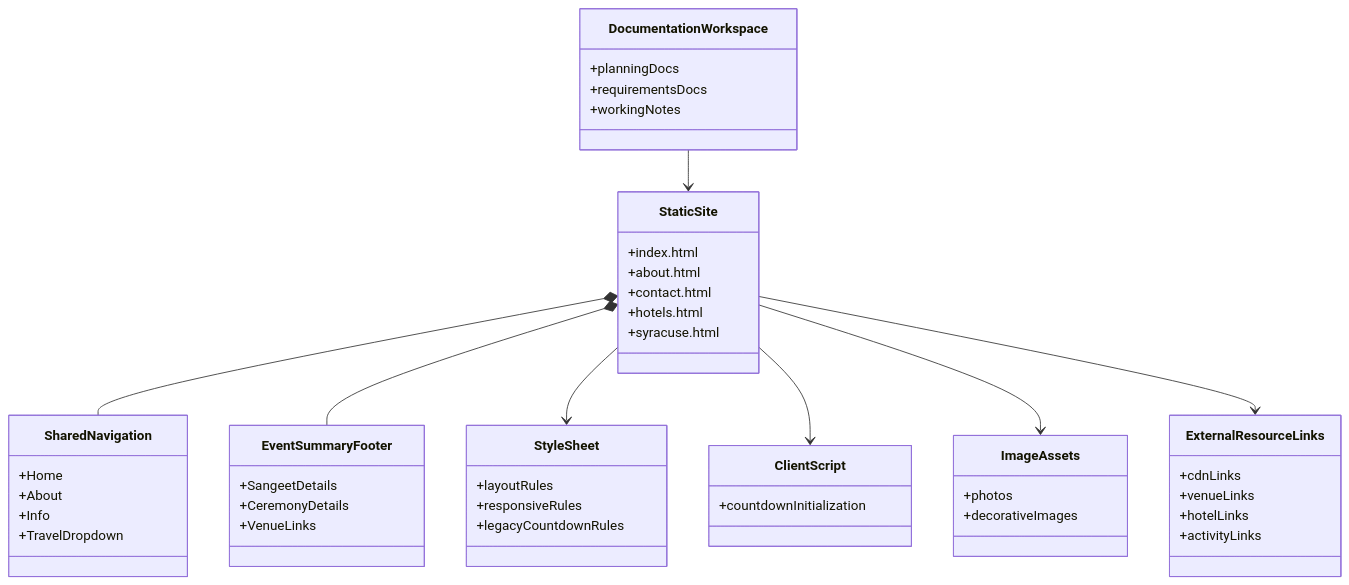
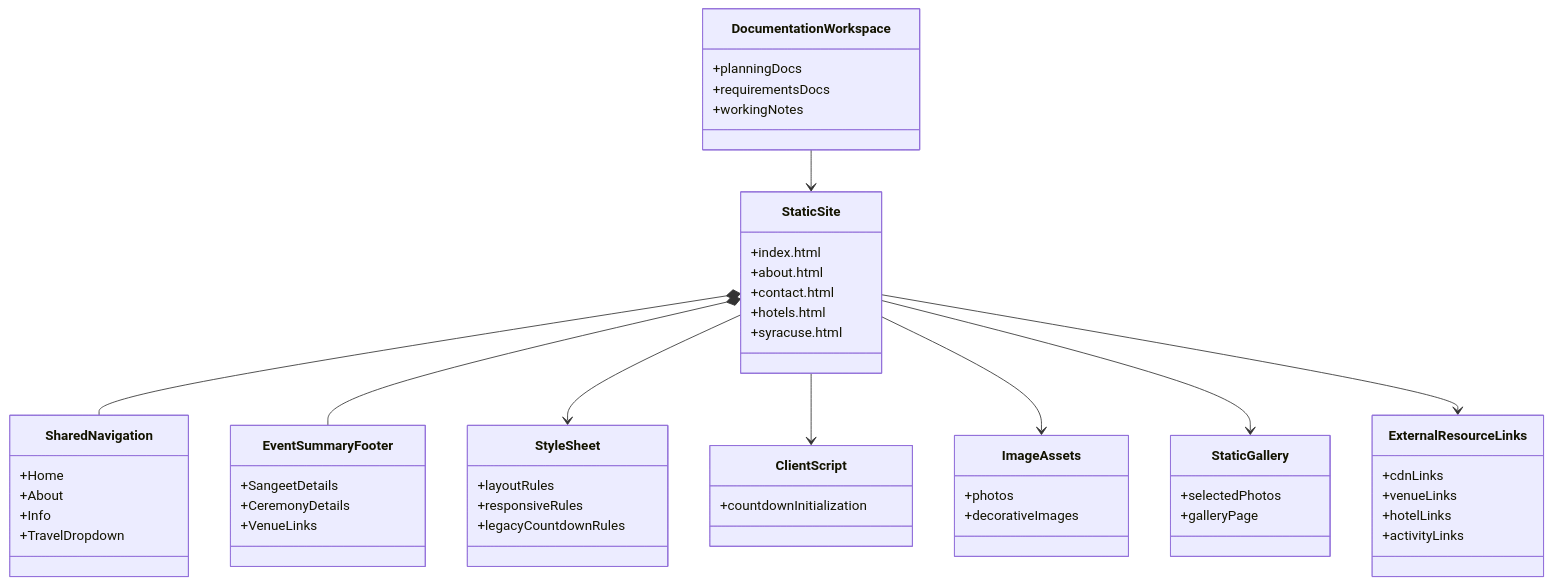
One commit to skeller01/wedding-website changed the fourth of 4 diagrams in documentation/requirements/current-state-design.md. Above: the diagram before and after it, drawn with Mermaid. The commit also changed other lines of this file and 7 other files, not shown here.

````diff
--- a/documentation/requirements/current-state-design.md
+++ b/documentation/requirements/current-state-design.md
@@ -476,52 +491,57 @@
 ```mermaid
 classDiagram
   class StaticSite {
     +index.html
     +about.html
     +contact.html
     +hotels.html
     +syracuse.html
   }
   class SharedNavigation {
     +Home
     +About
     +Info
     +TravelDropdown
   }
   class EventSummaryFooter {
     +SangeetDetails
     +CeremonyDetails
     +VenueLinks
   }
   class StyleSheet {
     +layoutRules
     +responsiveRules
     +legacyCountdownRules
   }
   class ClientScript {
     +countdownInitialization
   }
   class ImageAssets {
     +photos
     +decorativeImages
   }
+  class StaticGallery {
+    +selectedPhotos
+    +galleryPage
+  }
   class ExternalResourceLinks {
     +cdnLinks
     +venueLinks
     +hotelLinks
     +activityLinks
   }
   class DocumentationWorkspace {
     +planningDocs
     +requirementsDocs
     +workingNotes
   }
 
   StaticSite *-- SharedNavigation
   StaticSite *-- EventSummaryFooter
   StaticSite --> StyleSheet
   StaticSite --> ClientScript
   StaticSite --> ImageAssets
+  StaticSite --> StaticGallery
   StaticSite --> ExternalResourceLinks
   DocumentationWorkspace --> StaticSite
 ```
````
